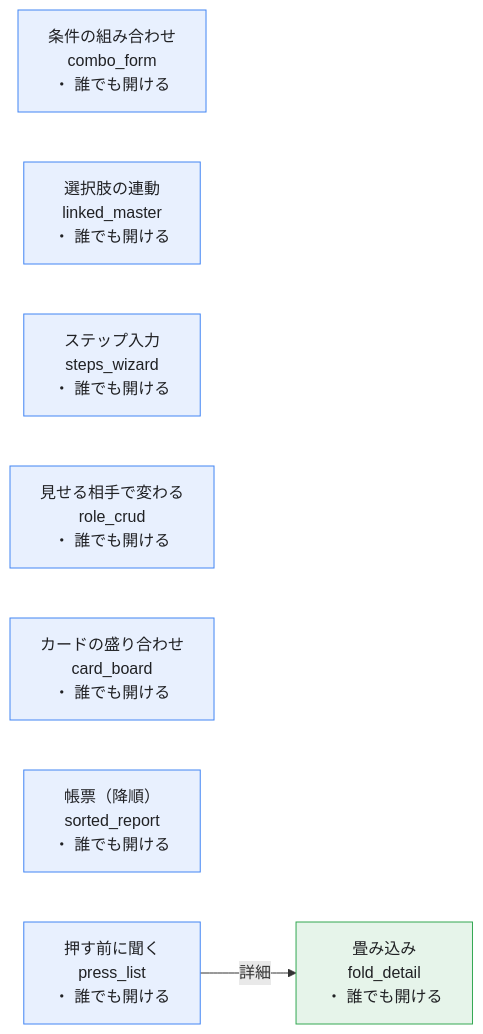
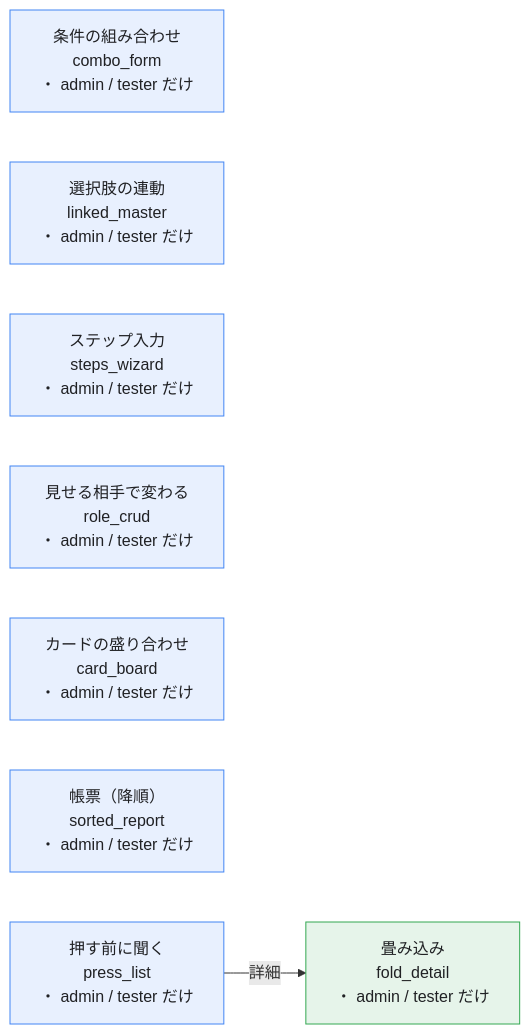
One commit to ASIL-E-Hatake/hatake-example changed the diagram in apps/kitchen-sink-prj/docs/2-設計/画面遷移図.md. Above: the diagram before and after it, drawn with Mermaid. The commit also changed 119 other files, not shown here.

````diff
--- a/apps/kitchen-sink-prj/docs/2-設計/画面遷移図.md
+++ b/apps/kitchen-sink-prj/docs/2-設計/画面遷移図.md
@@ -9,18 +9,18 @@
 ```mermaid
 %% 機能網羅（kitchen_sink）の画面と遷移
 %% 段は「メニューから開ける画面 → そこから遷移で開く画面」。線は遷移の向き（札はボタン名）。箱の中は誰が開けるか。
 flowchart LR
-  combo_form["条件の組み合わせ<br/>combo_form<br/>・ 誰でも開ける"]
-  linked_master["選択肢の連動<br/>linked_master<br/>・ 誰でも開ける"]
-  steps_wizard["ステップ入力<br/>steps_wizard<br/>・ 誰でも開ける"]
-  role_crud["見せる相手で変わる<br/>role_crud<br/>・ 誰でも開ける"]
-  card_board["カードの盛り合わせ<br/>card_board<br/>・ 誰でも開ける"]
-  sorted_report["帳票（降順）<br/>sorted_report<br/>・ 誰でも開ける"]
-  press_list["押す前に聞く<br/>press_list<br/>・ 誰でも開ける"]
-  fold_detail["畳み込み<br/>fold_detail<br/>・ 誰でも開ける"]
+  combo_form["条件の組み合わせ<br/>combo_form<br/>・ admin / tester だけ"]
+  linked_master["選択肢の連動<br/>linked_master<br/>・ admin / tester だけ"]
+  steps_wizard["ステップ入力<br/>steps_wizard<br/>・ admin / tester だけ"]
+  role_crud["見せる相手で変わる<br/>role_crud<br/>・ admin / tester だけ"]
+  card_board["カードの盛り合わせ<br/>card_board<br/>・ admin / tester だけ"]
+  sorted_report["帳票（降順）<br/>sorted_report<br/>・ admin / tester だけ"]
+  press_list["押す前に聞く<br/>press_list<br/>・ admin / tester だけ"]
+  fold_detail["畳み込み<br/>fold_detail<br/>・ admin / tester だけ"]
   press_list -->|詳細| fold_detail
   classDef input fill:#e8f0fe,stroke:#4285f4,color:#202124
   class combo_form,linked_master,steps_wizard,role_crud,card_board,sorted_report,press_list input
   classDef core fill:#e6f4ea,stroke:#34a853,color:#202124
   class fold_detail core
 ```
````
